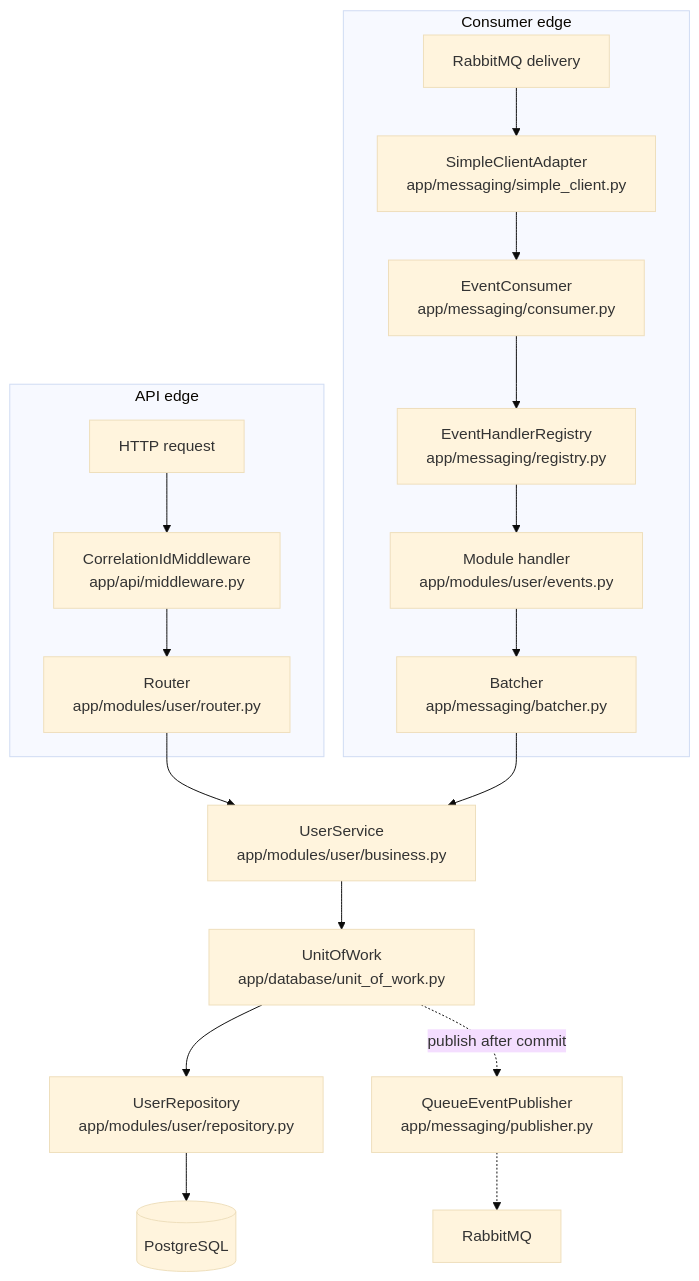
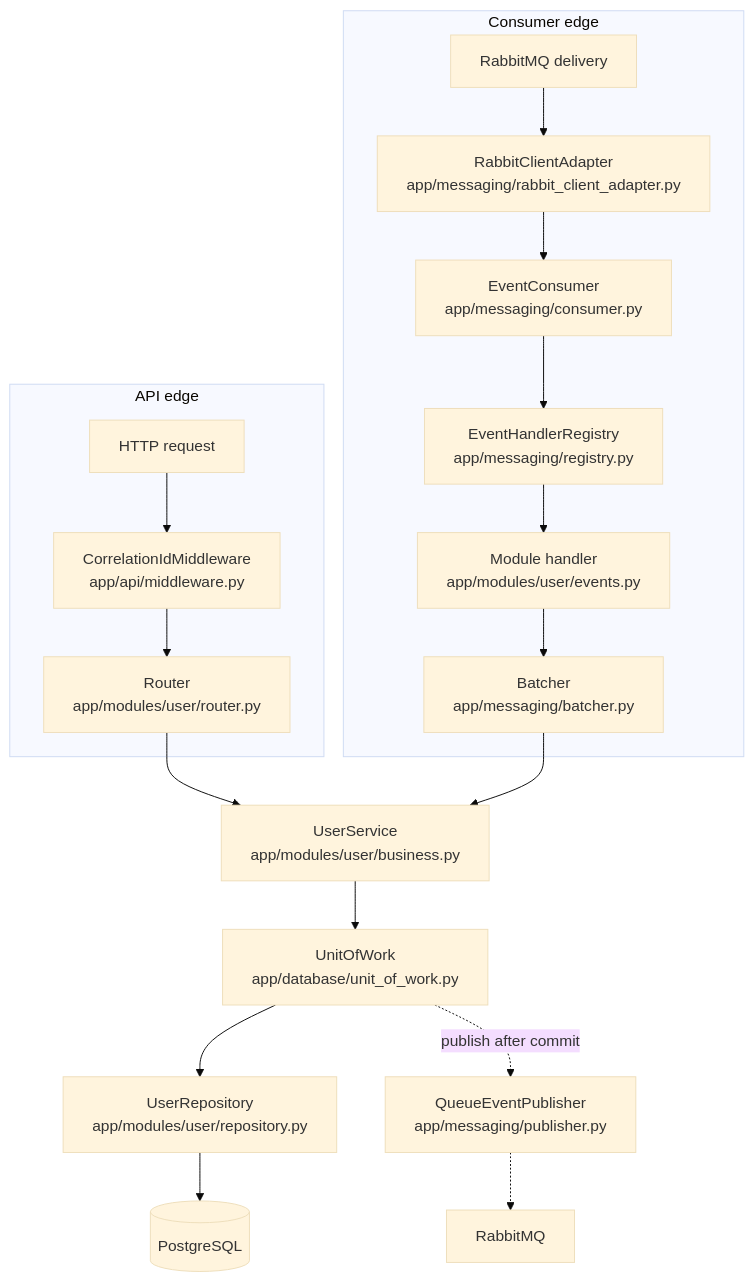
One commit to kafuexe/RabbitSpeedTest changed the first of 2 diagrams in shared_data_service/onboarding/03-architecture-tour.md. Above: the diagram before and after it, drawn with Mermaid (base theme). The commit also changed other lines of this file and 45 other files, not shown here.

First line of the commit message:
refactor!: production rename simple-rabbit -> rabbit-client + review fixes

````diff
--- a/shared_data_service/onboarding/03-architecture-tour.md
+++ b/shared_data_service/onboarding/03-architecture-tour.md
@@ -14,21 +14,21 @@
 ```mermaid
 flowchart TB
     subgraph API edge
         H[HTTP request] --> M[CorrelationIdMiddleware<br/>app/api/middleware.py]
         M --> R[Router<br/>app/modules/user/router.py]
     end
     subgraph Consumer edge
-        Q[RabbitMQ delivery] --> S[SimpleClientAdapter<br/>app/messaging/simple_client.py]
+        Q[RabbitMQ delivery] --> S[RabbitClientAdapter<br/>app/messaging/rabbit_client_adapter.py]
         S --> C[EventConsumer<br/>app/messaging/consumer.py]
         C --> G[EventHandlerRegistry<br/>app/messaging/registry.py]
         G --> E[Module handler<br/>app/modules/user/events.py]
         E --> B2[Batcher<br/>app/messaging/batcher.py]
     end
     R --> BUS[UserService<br/>app/modules/user/business.py]
     B2 --> BUS
     BUS --> U[UnitOfWork<br/>app/database/unit_of_work.py]
     U --> RP[UserRepository<br/>app/modules/user/repository.py]
     RP --> PG[(PostgreSQL)]
     U -.publish after commit.-> P[QueueEventPublisher<br/>app/messaging/publisher.py]
     P -.-> Q2[RabbitMQ]
 ```
````
